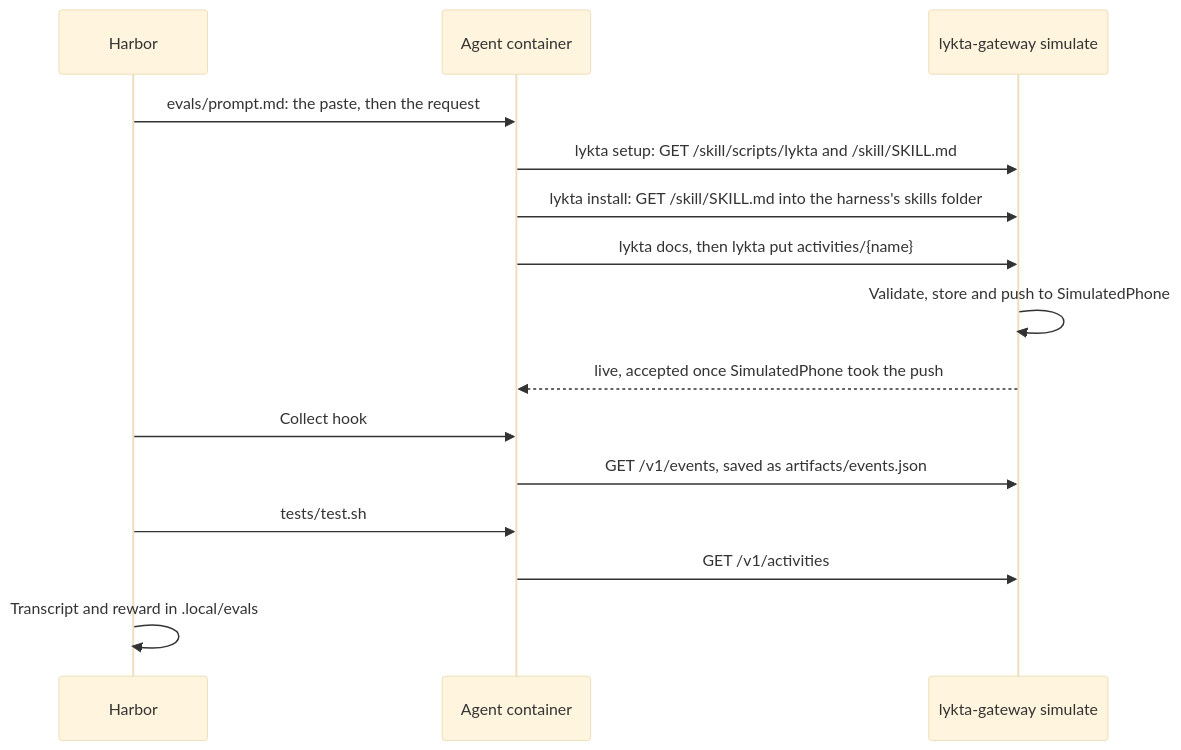
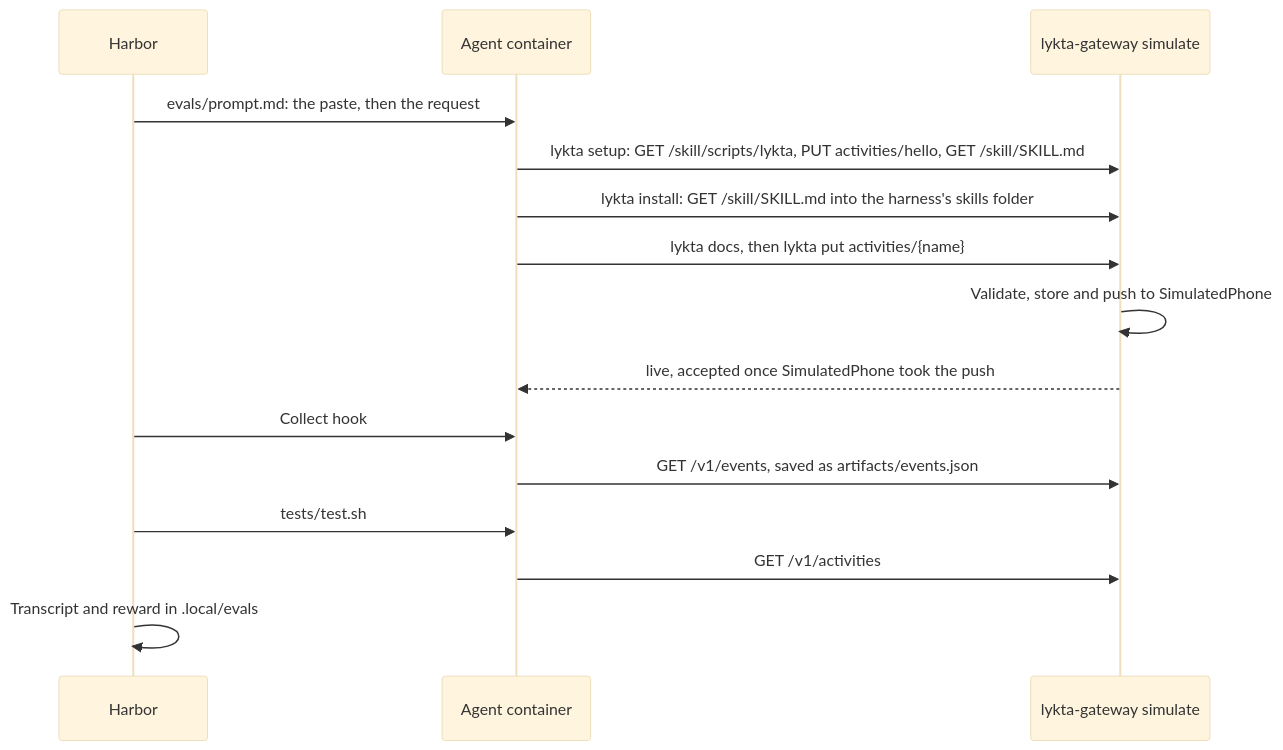
One commit to emileberhard/Lykta changed the diagram in docs/evals.md. Above: the diagram before and after it, drawn with Mermaid (base theme). The commit also changed other lines of this file and 13 other files, not shown here.

First line of the commit message:
Say hello on the phone from lykta setup

````diff
--- a/docs/evals.md
+++ b/docs/evals.md
@@ -97,17 +97,17 @@
 ```mermaid
 sequenceDiagram
     participant H as Harbor
     participant A as Agent container
     participant G as lykta-gateway simulate
     H->>A: evals/prompt.md: the paste, then the request
-    A->>G: lykta setup: GET /skill/scripts/lykta and /skill/SKILL.md
+    A->>G: lykta setup: GET /skill/scripts/lykta, PUT activities/hello, GET /skill/SKILL.md
     A->>G: lykta install: GET /skill/SKILL.md into the harness's skills folder
     A->>G: lykta docs, then lykta put activities/{name}
     G->>G: Validate, store and push to SimulatedPhone
     G-->>A: live, accepted once SimulatedPhone took the push
     H->>A: Collect hook
     A->>G: GET /v1/events, saved as artifacts/events.json
     H->>A: tests/test.sh
     A->>G: GET /v1/activities
     H->>H: Transcript and reward in .local/evals
 ```
````
